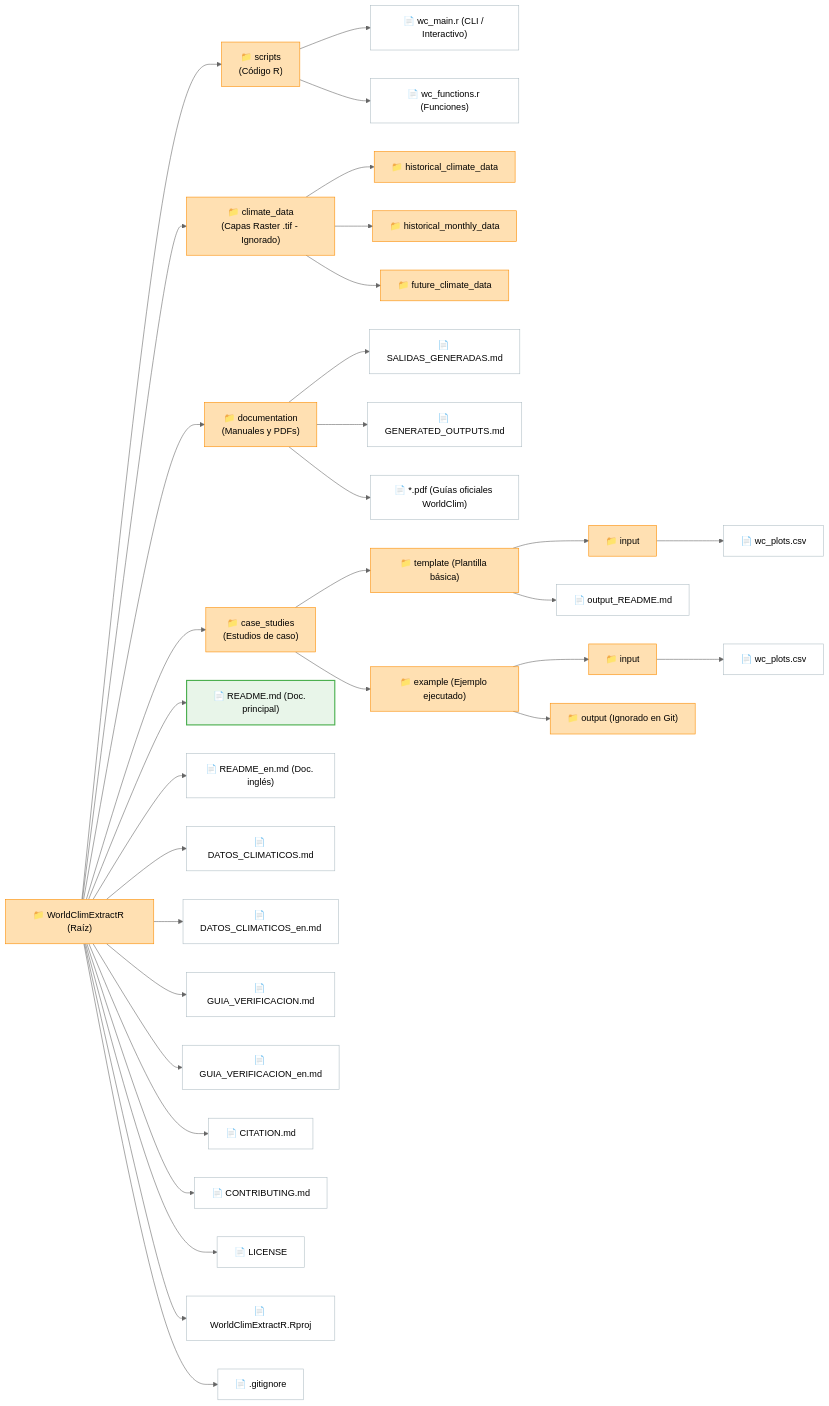
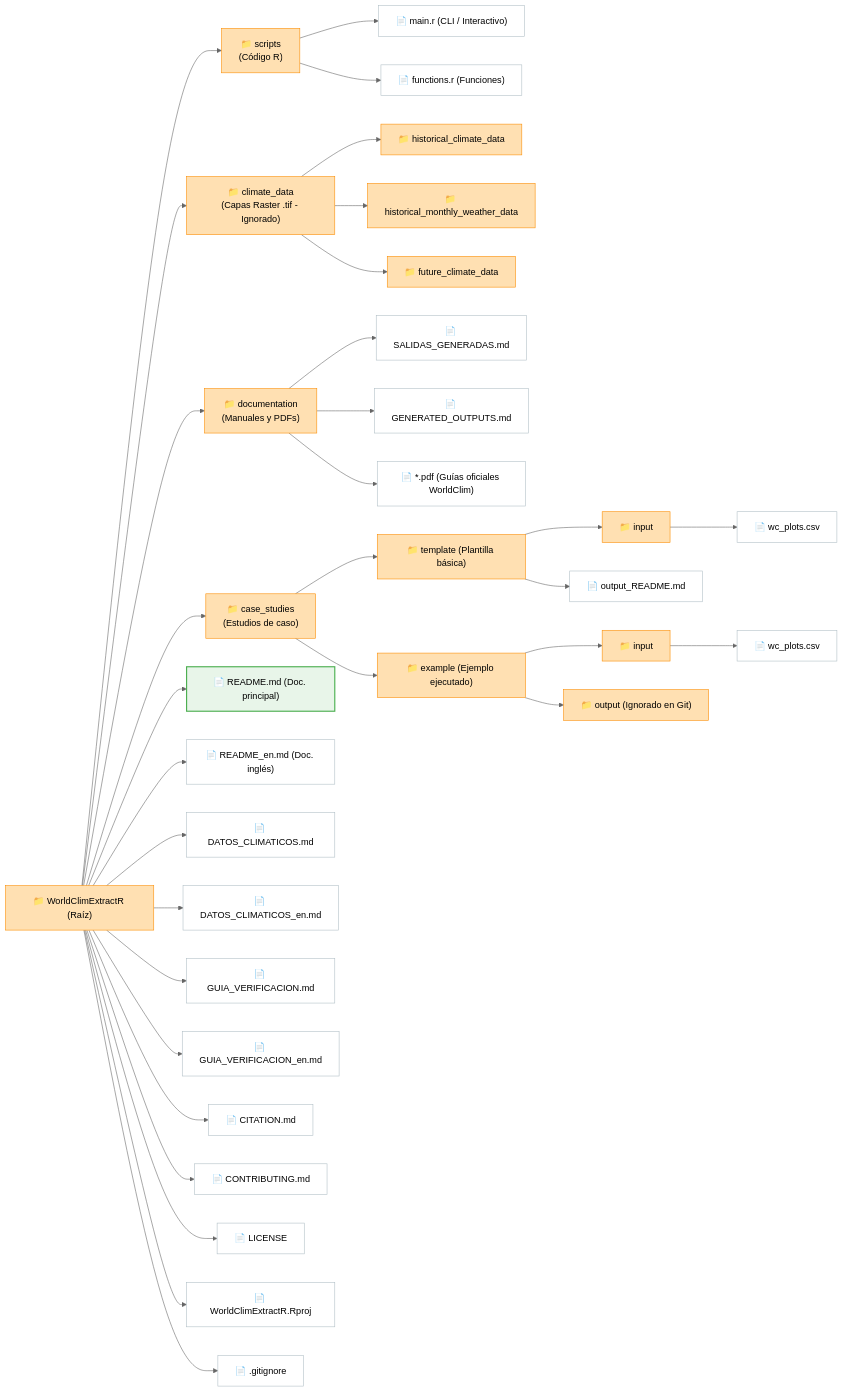
The diagram in README.md (aitorvv/WorldClimExtractR), drawn with Mermaid (neutral theme) before and after one commit. The commit also changed other lines of this file and 17 other files, not shown here.

````diff
--- a/README.md
+++ b/README.md
@@ -112,56 +112,56 @@
 ```mermaid
 graph LR
     %% Definición de estilos de nodos
     classDef folder fill:#ffe0b2,stroke:#fb8c00,stroke-width:1px,color:#000000;
     classDef file fill:#ffffff,stroke:#b0bec5,stroke-width:1px,color:#000000;
     classDef mainFile fill:#e8f5e9,stroke:#4caf50,stroke-width:2px,color:#000000;
     
     Root["📁 WorldClimExtractR (Raíz)"]:::folder
     
     %% Carpetas principales
     Root --> DirScripts["📁 scripts<br>(Código R)"]:::folder
     Root --> DirData["📁 climate_data<br>(Capas Raster .tif - Ignorado)"]:::folder
     Root --> DirDoc["📁 documentation<br>(Manuales y PDFs)"]:::folder
     Root --> DirCases["📁 case_studies<br>(Estudios de caso)"]:::folder
     
     %% Archivos en la raíz
     Root --> ReadmeEs["📄 README.md (Doc. principal)"]:::mainFile
     Root --> ReadmeEn["📄 README_en.md (Doc. inglés)"]:::file
     Root --> DatosCliEs["📄 DATOS_CLIMATICOS.md"]:::file
     Root --> DatosCliEn["📄 DATOS_CLIMATICOS_en.md"]:::file
     Root --> GuiaVerEs["📄 GUIA_VERIFICACION.md"]:::file
     Root --> GuiaVerEn["📄 GUIA_VERIFICACION_en.md"]:::file
     Root --> Cit["📄 CITATION.md"]:::file
     Root --> Cont["📄 CONTRIBUTING.md"]:::file
     Root --> Lic["📄 LICENSE"]:::file
     Root --> Proj["📄 WorldClimExtractR.Rproj"]:::file
     Root --> Gitignore["📄 .gitignore"]:::file
     
     %% Subestructura de scripts
-    DirScripts --> ScriptMain["📄 wc_main.r (CLI / Interactivo)"]:::file
-    DirScripts --> ScriptFuncs["📄 wc_functions.r (Funciones)"]:::file
+    DirScripts --> ScriptMain["📄 main.r (CLI / Interactivo)"]:::file
+    DirScripts --> ScriptFuncs["📄 functions.r (Funciones)"]:::file
     
     %% Subestructura de climate_data
     DirData --> DataHist["📁 historical_climate_data"]:::folder
-    DirData --> DataMonthly["📁 historical_monthly_data"]:::folder
+    DirData --> DataMonthly["📁 historical_monthly_weather_data"]:::folder
     DirData --> DataFuture["📁 future_climate_data"]:::folder
     
     %% Subestructura de documentation
     DirDoc --> DocGenEs["📄 SALIDAS_GENERADAS.md"]:::file
     DirDoc --> DocGenEn["📄 GENERATED_OUTPUTS.md"]:::file
     DirDoc --> DocPdfs["📄 *.pdf (Guías oficiales WorldClim)"]:::file
     
     %% Subestructura de case_studies
     DirCases --> CaseTempl["📁 template (Plantilla básica)"]:::folder
     DirCases --> CaseEx["📁 example (Ejemplo ejecutado)"]:::folder
     
     %% template
     CaseTempl --> TemplInput["📁 input"]:::folder
     CaseTempl --> TemplReadme["📄 output_README.md"]:::file
     TemplInput --> TemplPlots["📄 wc_plots.csv"]:::file
     
     %% example
     CaseEx --> ExInput["📁 input"]:::folder
     CaseEx --> ExOutput["📁 output (Ignorado en Git)"]:::folder
     ExInput --> ExPlots["📄 wc_plots.csv"]:::file
 ```
````
